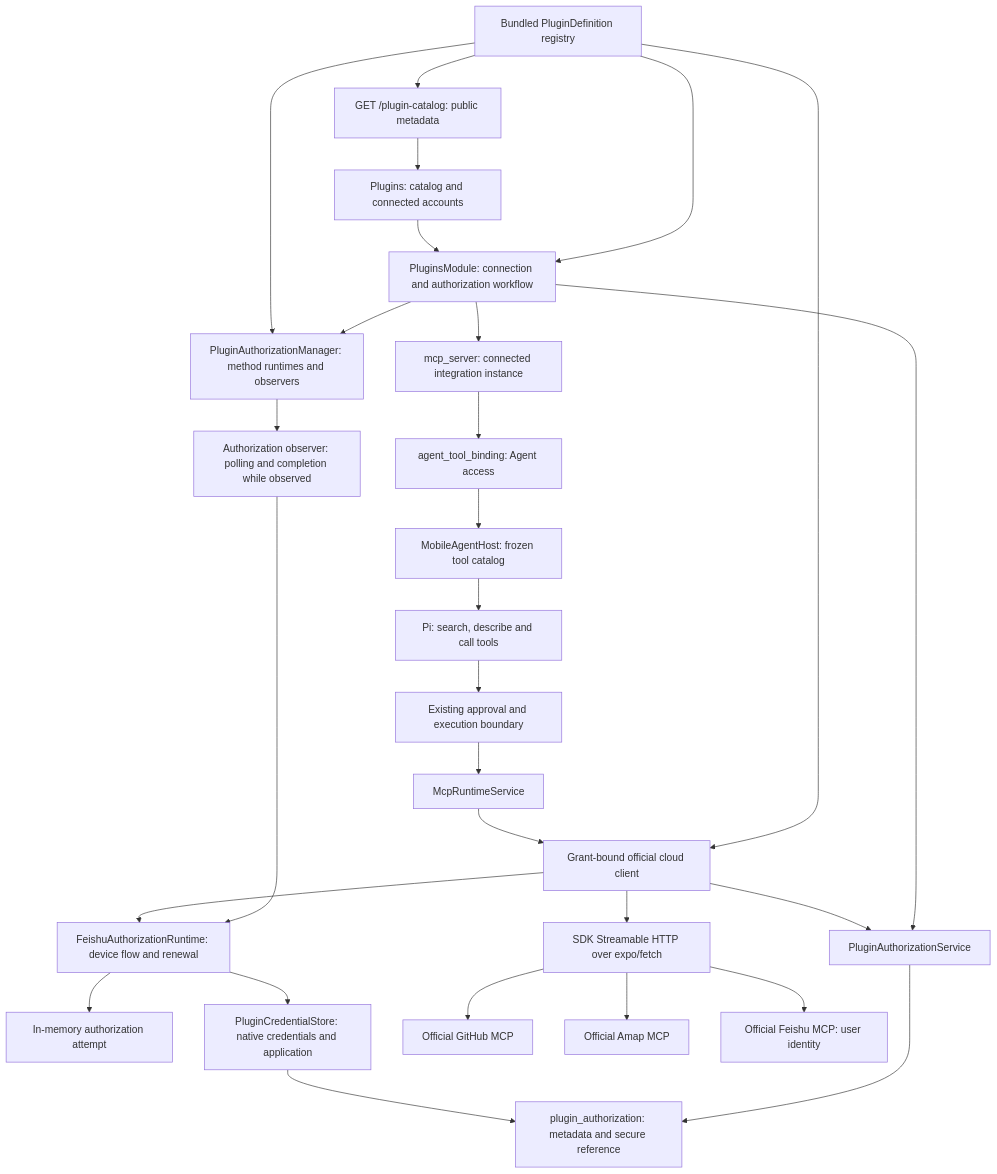
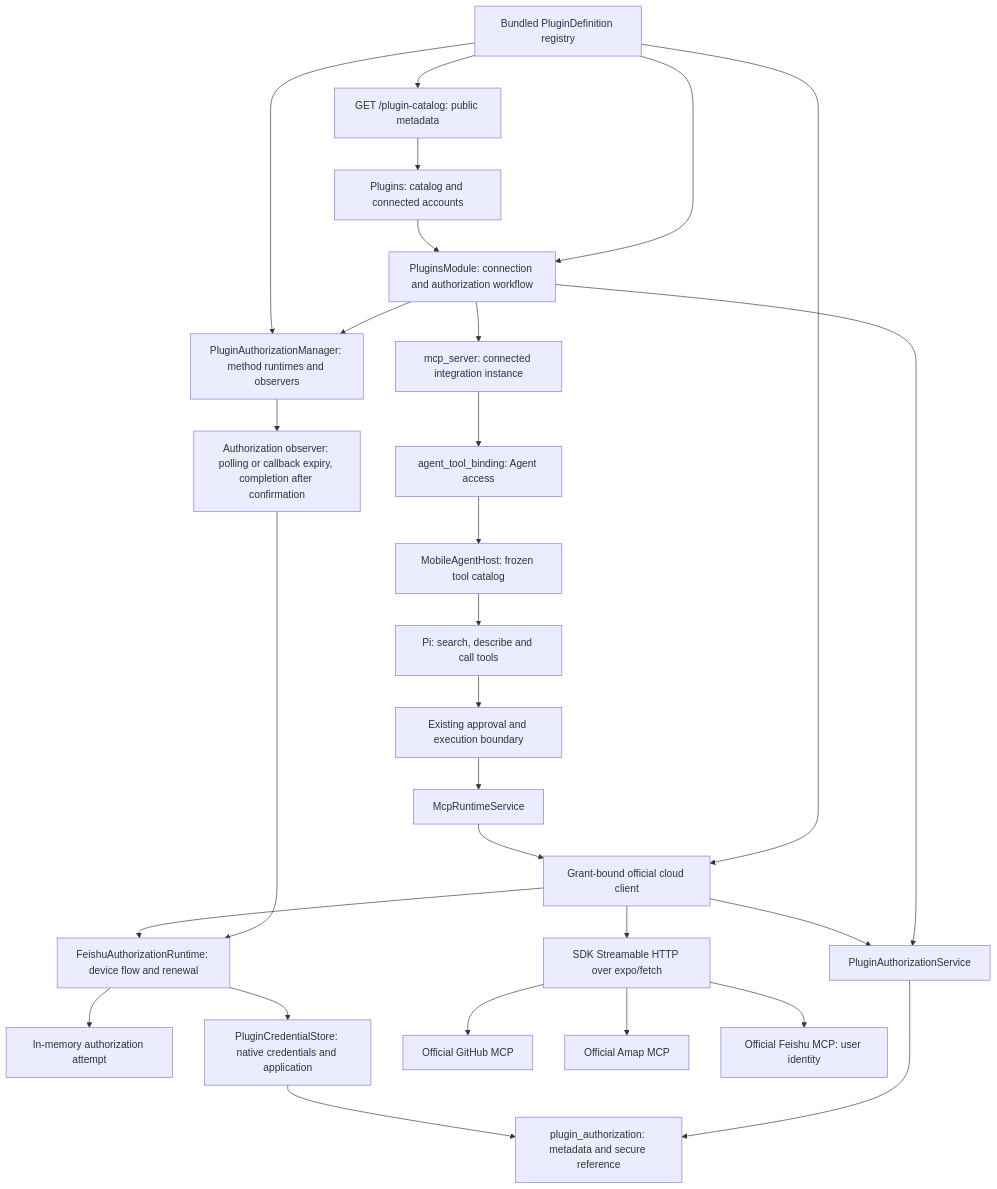
One commit to CherryHQ/cherry-studio-app changed the diagram in docs/references/agent/built-in-mcp-design.md. Above: the diagram before and after it, drawn with Mermaid. The commit also changed other lines of this file and 46 other files, not shown here.

````diff
--- a/docs/references/agent/built-in-mcp-design.md
+++ b/docs/references/agent/built-in-mcp-design.md
@@ -280,30 +314,30 @@
 ```mermaid
 flowchart TD
   Registry["Bundled PluginDefinition registry"] --> Catalog["GET /plugin-catalog: public metadata"]
   Catalog --> Settings["Plugins: catalog and connected accounts"]
   Registry --> Workflow["PluginsModule: connection and authorization workflow"]
   Settings --> Workflow
   Registry --> Client["Grant-bound official cloud client"]
   Workflow --> Auth["PluginAuthorizationService"]
   Auth --> AuthTable["plugin_authorization: metadata and secure reference"]
   Workflow --> Manager["PluginAuthorizationManager: method runtimes and observers"]
   Registry --> Manager
-  Manager --> Observer["Authorization observer: polling and completion while observed"]
+  Manager --> Observer["Authorization observer: polling or callback expiry, completion after confirmation"]
   Observer --> UserAuth["FeishuAuthorizationRuntime: device flow and renewal"]
   UserAuth --> State["In-memory authorization attempt"]
   UserAuth --> Secrets["PluginCredentialStore: native credentials and application"]
   Secrets --> AuthTable
   Workflow --> Server["mcp_server: connected integration instance"]
   Server --> Binding["agent_tool_binding: Agent access"]
   Binding --> Host["MobileAgentHost: frozen tool catalog"]
   Host --> Pi["Pi: search, describe and call tools"]
   Pi --> Approval["Existing approval and execution boundary"]
   Approval --> MCP["McpRuntimeService"]
   MCP --> Client["Grant-bound official cloud client"]
   Client --> Auth
   Client --> UserAuth
   Client --> Remote["SDK Streamable HTTP over expo/fetch"]
   Remote --> GitHub["Official GitHub MCP"]
   Remote --> Amap["Official Amap MCP"]
   Remote --> Feishu["Official Feishu MCP: user identity"]
 ```
````
